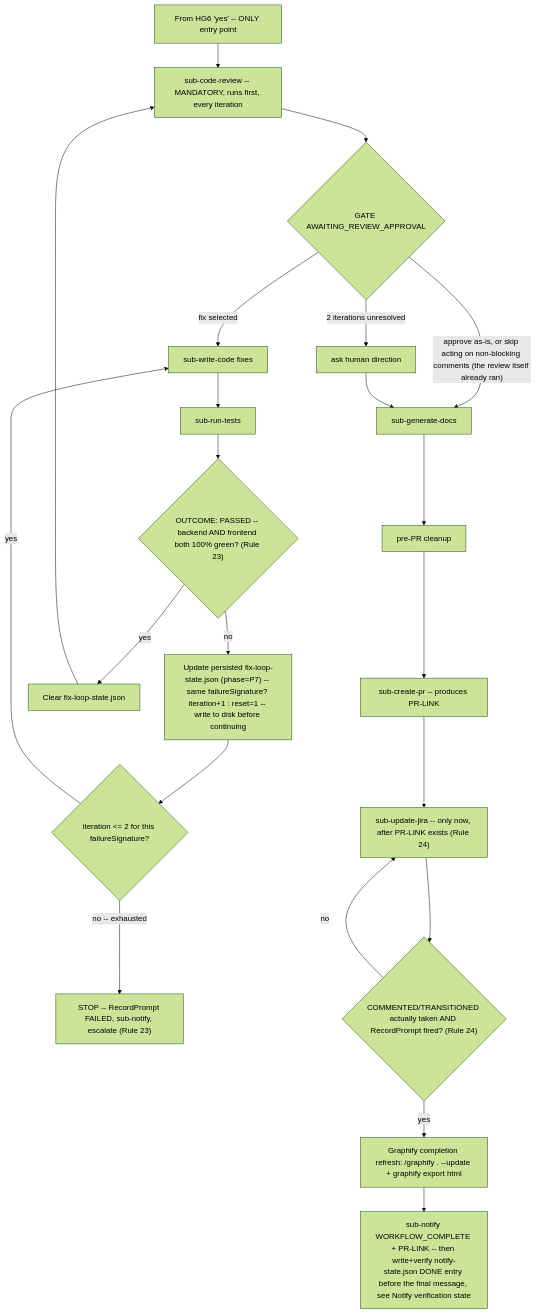
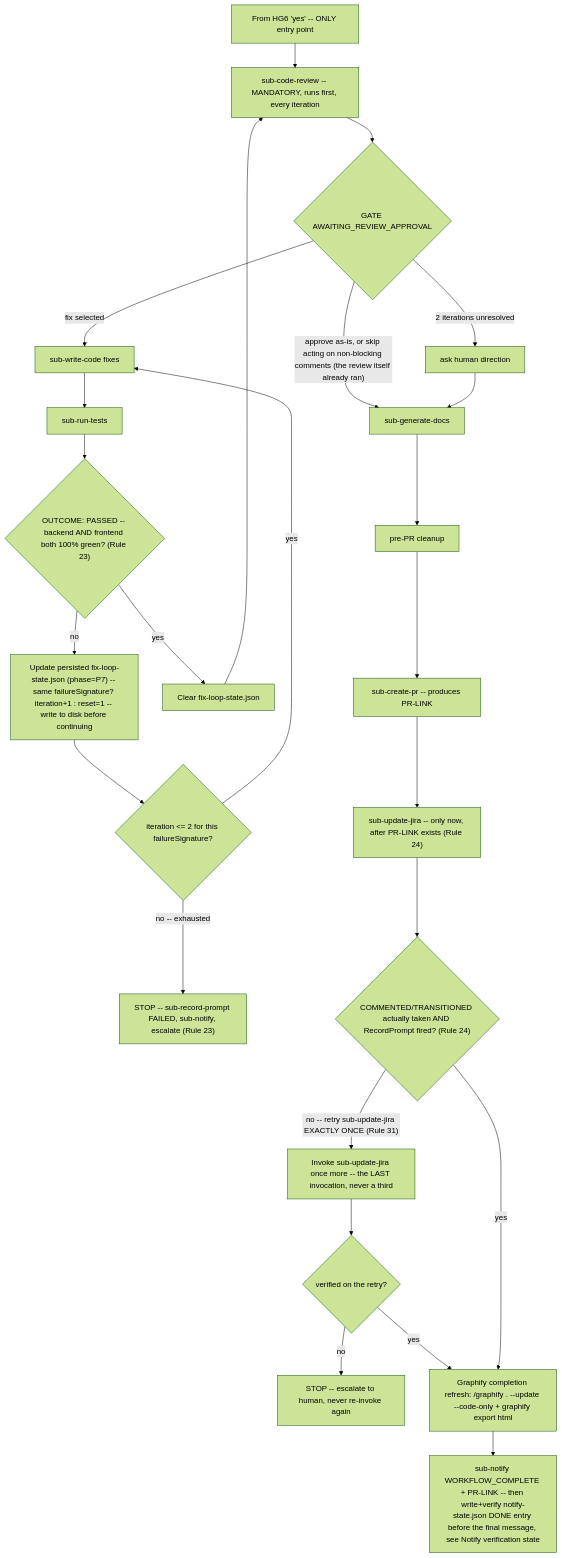
The fourth of 4 diagrams in agents/software-engineer.agent.md (SE-Agent-Org/.github), drawn with Mermaid (forest theme) before and after one commit. The commit also changed other lines of this file and 21 other files, not shown here.

````diff
--- a/agents/software-engineer.agent.md
+++ b/agents/software-engineer.agent.md
@@ -430,24 +494,27 @@
 ```mermaid
 flowchart TD
   ENTRY[From HG6 'yes' -- ONLY entry point] --> R[sub-code-review -- MANDATORY, runs first, every iteration]
   R --> GR{GATE AWAITING_REVIEW_APPROVAL}
   GR -->|"approve as-is, or skip acting on non-blocking comments (the review itself already ran)"| DOC[sub-generate-docs]
   GR -->|fix selected| FIX[sub-write-code fixes]
   FIX --> T[sub-run-tests]
   T --> TGATE{"OUTCOME: PASSED -- backend AND frontend both 100% green? (Rule 23)"}
   TGATE -->|no| TSTATE["Update persisted fix-loop-state.json (phase=P7) -- same failureSignature? iteration+1 : reset=1 -- write to disk before continuing"]
   TSTATE --> TCOUNT{"iteration <= 2 for this failureSignature?"}
   TCOUNT -->|yes| FIX
-  TCOUNT -->|"no -- exhausted"| STOP7["STOP -- RecordPrompt FAILED, sub-notify, escalate (Rule 23)"]
+  TCOUNT -->|"no -- exhausted"| STOP7["STOP -- sub-record-prompt FAILED, sub-notify, escalate (Rule 23)"]
   TGATE -->|yes| TCLEAR["Clear fix-loop-state.json"]
   TCLEAR --> R
   GR -->|2 iterations unresolved| ASK[ask human direction]
   ASK --> DOC
   DOC --> CL[pre-PR cleanup]
   CL --> PR[sub-create-pr -- produces PR-LINK]
   PR --> J["sub-update-jira -- only now, after PR-LINK exists (Rule 24)"]
   J --> JVALIDATE{"COMMENTED/TRANSITIONED actually taken AND RecordPrompt fired? (Rule 24)"}
-  JVALIDATE -->|no| J
-  JVALIDATE -->|yes| GU[Graphify completion refresh: /graphify . --update + graphify export html]
+  JVALIDATE -->|"no -- retry sub-update-jira EXACTLY ONCE (Rule 31)"| JRETRY
+  JRETRY["Invoke sub-update-jira once more -- the LAST invocation, never a third"] --> JFINAL{"verified on the retry?"}
+  JFINAL -->|no| STOP_J["STOP -- escalate to human, never re-invoke again"]
+  JFINAL -->|yes| GU
+  JVALIDATE -->|yes| GU[Graphify completion refresh: /graphify . --update --code-only + graphify export html]
   GU --> N["sub-notify WORKFLOW_COMPLETE + PR-LINK -- then write+verify notify-state.json DONE entry before the final message, see Notify verification state"]
 ```
````
